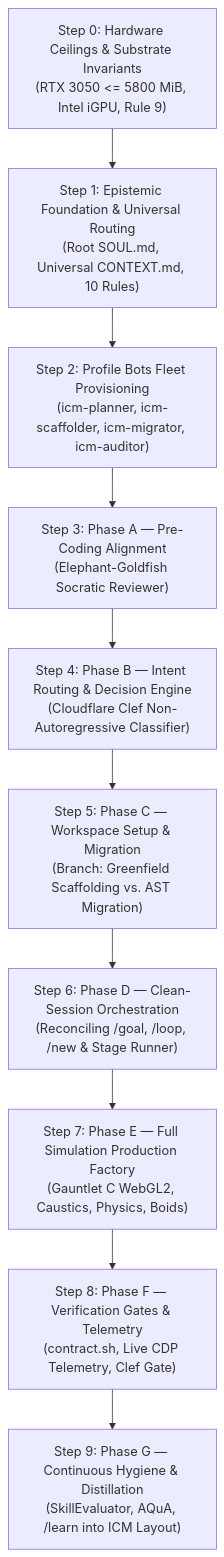
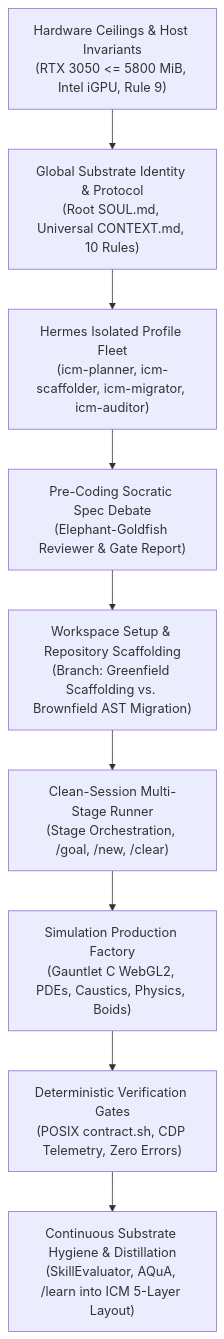
Before and after one commit to imshubhamsocial/ws-hermes: the diagram in hermes/devel/docs/research/GDR40/02_doc1_gdr39_chronological_synthesis.md, drawn with Mermaid. The commit also changed other lines of this file and 5 other files, not shown here.

Commit message:
refactor(gdr40): purge cloudflare/clef decision tools and reframe for unbiased chronological dependency analysis

````diff
--- a/hermes/devel/docs/research/GDR40/02_doc1_gdr39_chronological_synthesis.md
+++ b/hermes/devel/docs/research/GDR40/02_doc1_gdr39_chronological_synthesis.md
@@ -91,12 +79,11 @@
 ```mermaid
 flowchart TD
-    S0["Step 0: Hardware Ceilings & Substrate Invariants<br/>(RTX 3050 <= 5800 MiB, Intel iGPU, Rule 9)"] --> S1["Step 1: Epistemic Foundation & Universal Routing<br/>(Root SOUL.md, Universal CONTEXT.md, 10 Rules)"]
-    S1 --> S2["Step 2: Profile Bots Fleet Provisioning<br/>(icm-planner, icm-scaffolder, icm-migrator, icm-auditor)"]
-    S2 --> S3["Step 3: Phase A — Pre-Coding Alignment<br/>(Elephant-Goldfish Socratic Reviewer)"]
-    S3 --> S4["Step 4: Phase B — Intent Routing & Decision Engine<br/>(Cloudflare Clef Non-Autoregressive Classifier)"]
-    S4 --> S5["Step 5: Phase C — Workspace Setup & Migration<br/>(Branch: Greenfield Scaffolding vs. AST Migration)"]
-    S5 --> S6["Step 6: Phase D — Clean-Session Orchestration<br/>(Reconciling /goal, /loop, /new & Stage Runner)"]
-    S6 --> S7["Step 7: Phase E — Full Simulation Production Factory<br/>(Gauntlet C WebGL2, Caustics, Physics, Boids)"]
-    S7 --> S8["Step 8: Phase F — Verification Gates & Telemetry<br/>(contract.sh, Live CDP Telemetry, Clef Gate)"]
-    S8 --> S9["Step 9: Phase G — Continuous Hygiene & Distillation<br/>(SkillEvaluator, AQuA, /learn into ICM Layout)"]
+    HW["Hardware Ceilings & Host Invariants<br/>(RTX 3050 <= 5800 MiB, Intel iGPU, Rule 9)"] --> ID["Global Substrate Identity & Protocol<br/>(Root SOUL.md, Universal CONTEXT.md, 10 Rules)"]
+    ID --> FLEET["Hermes Isolated Profile Fleet<br/>(icm-planner, icm-scaffolder, icm-migrator, icm-auditor)"]
+    FLEET --> PLAN["Pre-Coding Socratic Spec Debate<br/>(Elephant-Goldfish Reviewer & Gate Report)"]
+    PLAN --> WS["Workspace Setup & Repository Scaffolding<br/>(Branch: Greenfield Scaffolding vs. Brownfield AST Migration)"]
+    WS --> ORCH["Clean-Session Multi-Stage Runner<br/>(Stage Orchestration, /goal, /new, /clear)"]
+    ORCH --> FACTORY["Simulation Production Factory<br/>(Gauntlet C WebGL2, PDEs, Caustics, Physics, Boids)"]
+    FACTORY --> GATE["Deterministic Verification Gates<br/>(POSIX contract.sh, CDP Telemetry, Zero Errors)"]
+    GATE --> AUDIT["Continuous Substrate Hygiene & Distillation<br/>(SkillEvaluator, AQuA, /learn into ICM 5-Layer Layout)"]
 ```
````
